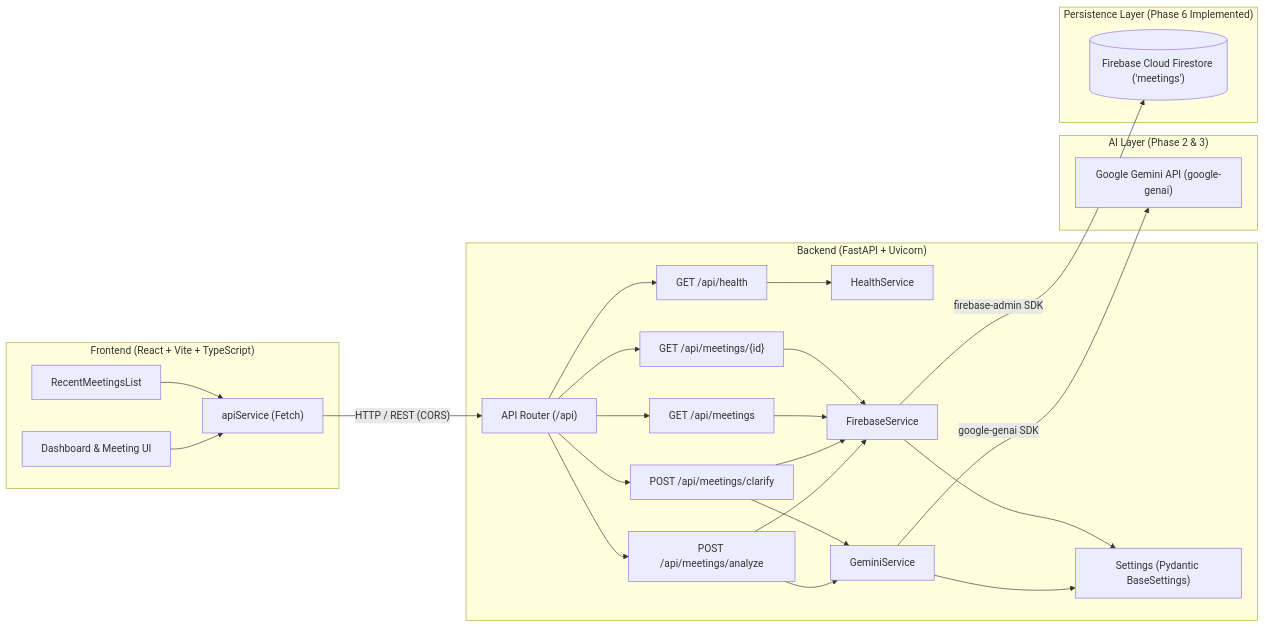
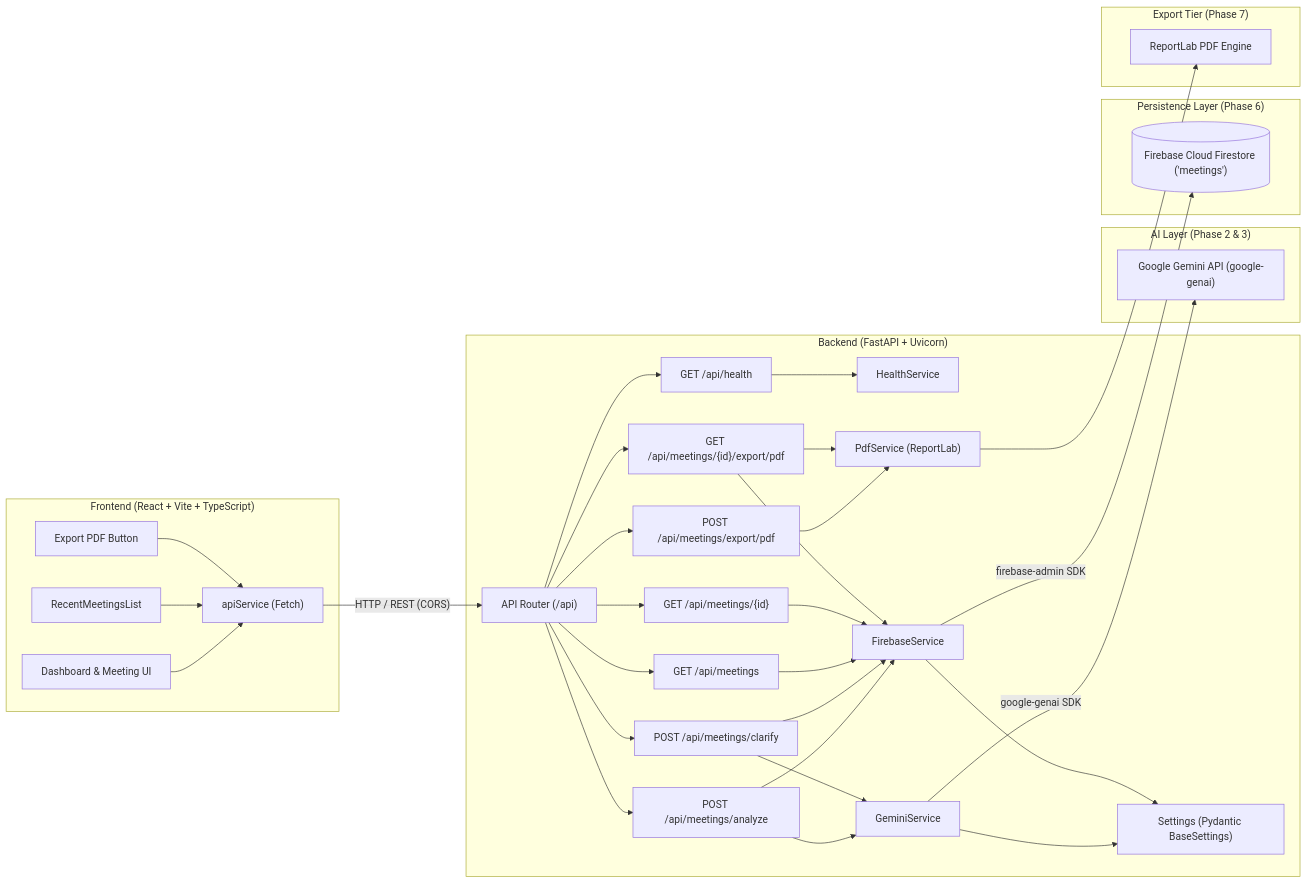
The diagram in README.md (rohitt-prog/MeetMindAI), drawn with Mermaid before and after one commit. The commit also changed other lines of this file and 12 other files, not shown here.

Commit message:
feat: add PDF meeting report export

````diff
--- a/README.md
+++ b/README.md
@@ -94,53 +94,68 @@
 ```mermaid
 flowchart LR
     subgraph Client ["Frontend (React + Vite + TypeScript)"]
         UI["Dashboard & Meeting UI"]
         HistoryList["RecentMeetingsList"]
+        ExportActions["Export PDF Button"]
         ClientService["apiService (Fetch)"]
         UI --> ClientService
         HistoryList --> ClientService
+        ExportActions --> ClientService
     end
 
     subgraph Server ["Backend (FastAPI + Uvicorn)"]
         Router["API Router (/api)"]
         HealthRoute["GET /api/health"]
         AnalyzeRoute["POST /api/meetings/analyze"]
         ClarifyRoute["POST /api/meetings/clarify"]
         ListRoute["GET /api/meetings"]
         GetRoute["GET /api/meetings/{id}"]
+        ExportPostRoute["POST /api/meetings/export/pdf"]
+        ExportGetRoute["GET /api/meetings/{id}/export/pdf"]
         
         HealthService["HealthService"]
         GeminiService["GeminiService"]
         FirebaseService["FirebaseService"]
+        PdfService["PdfService (ReportLab)"]
         Config["Settings (Pydantic BaseSettings)"]
         
         Router --> HealthRoute
         Router --> AnalyzeRoute
         Router --> ClarifyRoute
         Router --> ListRoute
         Router --> GetRoute
+        Router --> ExportPostRoute
+        Router --> ExportGetRoute
         
         HealthRoute --> HealthService
         AnalyzeRoute --> GeminiService
         AnalyzeRoute --> FirebaseService
         ClarifyRoute --> GeminiService
         ClarifyRoute --> FirebaseService
         ListRoute --> FirebaseService
         GetRoute --> FirebaseService
+        ExportPostRoute --> PdfService
+        ExportGetRoute --> FirebaseService
+        ExportGetRoute --> PdfService
         
         GeminiService --> Config
         FirebaseService --> Config
     end
 
     subgraph AI ["AI Layer (Phase 2 & 3)"]
         Gemini["Google Gemini API (google-genai)"]
     end
 
-    subgraph Database ["Persistence Layer (Phase 6 Implemented)"]
+    subgraph Database ["Persistence Layer (Phase 6)"]
         Firestore[("Firebase Cloud Firestore ('meetings')")]
+    end
+
+    subgraph PDFEngine ["Export Tier (Phase 7)"]
+        ReportLab["ReportLab PDF Engine"]
+        PdfService --> ReportLab
     end
 
     ClientService -- "HTTP / REST (CORS)" --> Router
     GeminiService -- "google-genai SDK" --> Gemini
     FirebaseService -- "firebase-admin SDK" --> Firestore
 ```
````
